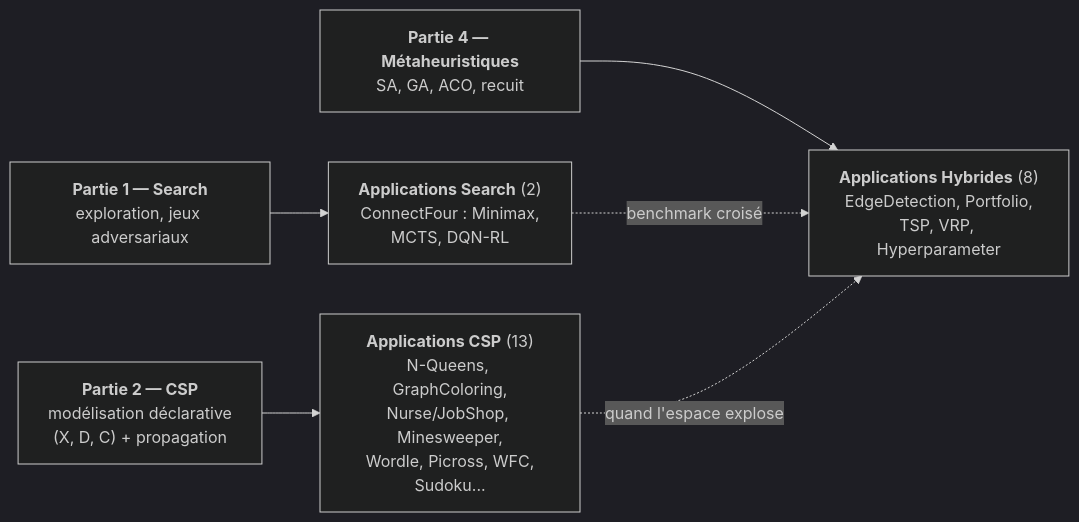
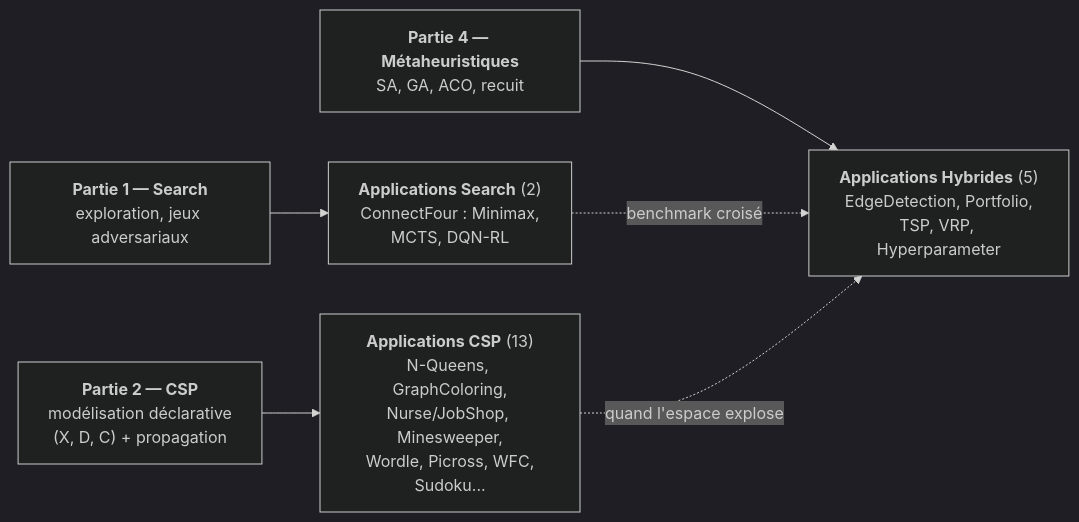
Before and after one commit to jsboige/CoursIA: the diagram in MyIA.AI.Notebooks/Search/Applications/README.md, drawn with Mermaid (dark theme). The commit also changed other lines of this file, not shown here.

First line of the commit message:
docs(search-apps): README Applications parity completion — App-18b twin row + count resync (post-#5632)

````diff
--- a/MyIA.AI.Notebooks/Search/Applications/README.md
+++ b/MyIA.AI.Notebooks/Search/Applications/README.md
@@ -38,14 +38,14 @@
 ```mermaid
 flowchart LR
     P1["<b>Partie 1 — Search</b><br/>exploration, jeux adversariaux"]
     P2["<b>Partie 2 — CSP</b><br/>modélisation déclarative<br/>(X, D, C) + propagation"]
     P4["<b>Partie 4 — Métaheuristiques</b><br/>SA, GA, ACO, recuit"]
     S["<b>Applications Search</b> (2)<br/>ConnectFour : Minimax,<br/>MCTS, DQN-RL"]
     C["<b>Applications CSP</b> (13)<br/>N-Queens, GraphColoring,<br/>Nurse/JobShop, Minesweeper,<br/>Wordle, Picross, WFC,<br/>Sudoku..."]
-    H["<b>Applications Hybrides</b> (8)<br/>EdgeDetection, Portfolio,<br/>TSP, VRP, Hyperparameter"]
+    H["<b>Applications Hybrides</b> (5)<br/>EdgeDetection, Portfolio,<br/>TSP, VRP, Hyperparameter"]
     P1 --> S
     P2 --> C
     P4 --> H
     S -.->|"benchmark croisé"| H
     C -.->|"quand l'espace explose"| H
 ```
````
